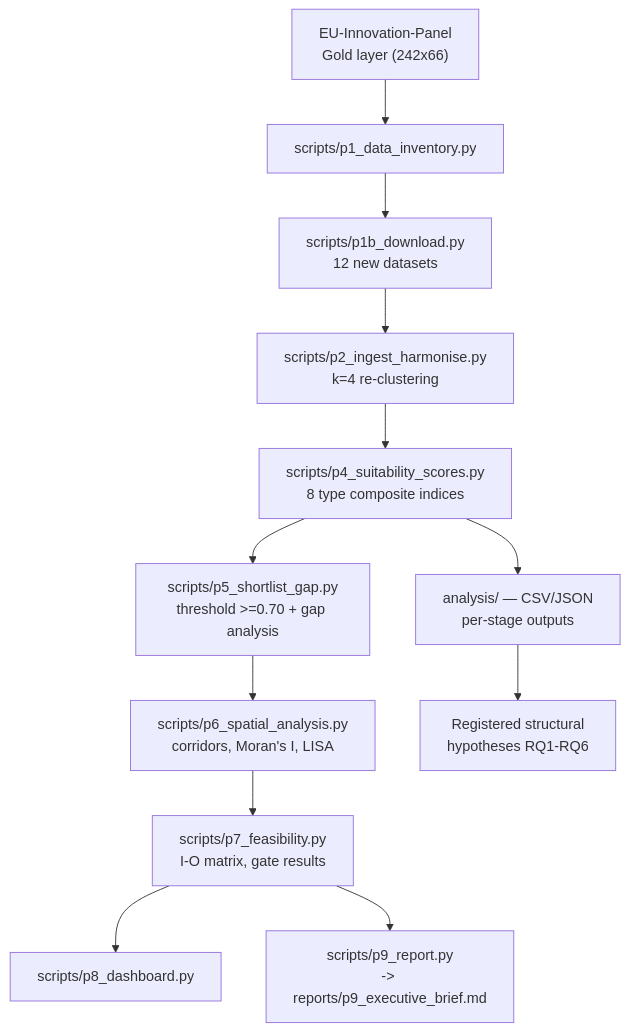
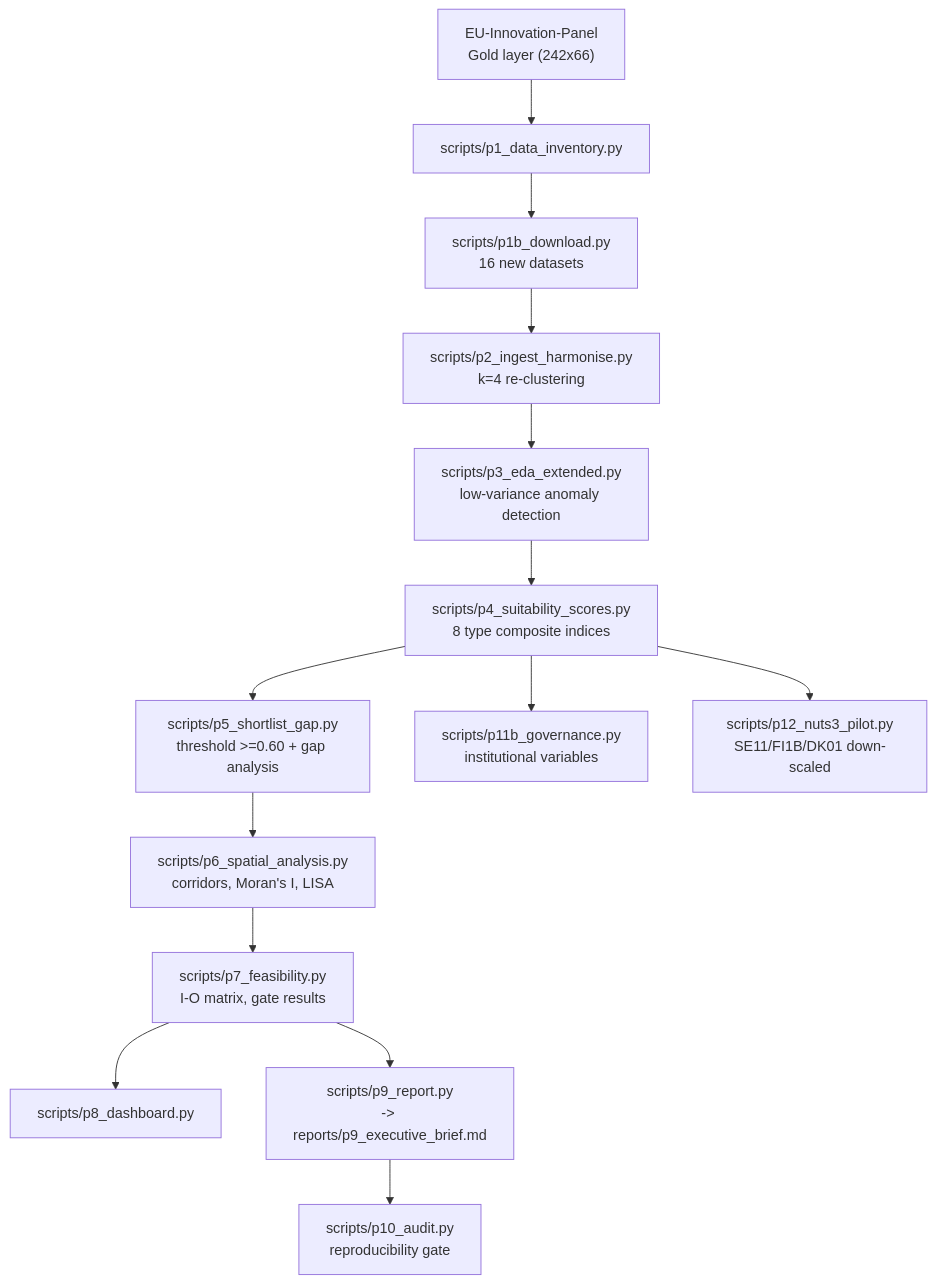
One commit to andrm101/eu-megacampus-siting changed the diagram in README.md. Above: the diagram before and after it, drawn with Mermaid. The commit also changed other lines of this file, not shown here.

````diff
--- a/README.md
+++ b/README.md
@@ -28,14 +38,16 @@
 ```mermaid
 flowchart TD
     UpstreamGold["EU-Innovation-Panel<br/>Gold layer (242x66)"] --> P1["scripts/p1_data_inventory.py"]
-    P1 --> P1b["scripts/p1b_download.py<br/>12 new datasets"]
+    P1 --> P1b["scripts/p1b_download.py<br/>16 new datasets"]
     P1b --> P2["scripts/p2_ingest_harmonise.py<br/>k=4 re-clustering"]
-    P2 --> P4["scripts/p4_suitability_scores.py<br/>8 type composite indices"]
-    P4 --> P5["scripts/p5_shortlist_gap.py<br/>threshold >=0.70 + gap analysis"]
+    P2 --> P3["scripts/p3_eda_extended.py<br/>low-variance anomaly detection"]
+    P3 --> P4["scripts/p4_suitability_scores.py<br/>8 type composite indices"]
+    P4 --> P5["scripts/p5_shortlist_gap.py<br/>threshold >=0.60 + gap analysis"]
     P5 --> P6["scripts/p6_spatial_analysis.py<br/>corridors, Moran's I, LISA"]
     P6 --> P7["scripts/p7_feasibility.py<br/>I-O matrix, gate results"]
     P7 --> P8["scripts/p8_dashboard.py"]
     P7 --> P9["scripts/p9_report.py<br/>-> reports/p9_executive_brief.md"]
-    P4 --> Analysis["analysis/ — CSV/JSON<br/>per-stage outputs"]
-    Analysis --> Hypotheses["Registered structural<br/>hypotheses RQ1-RQ6"]
+    P9 --> P10["scripts/p10_audit.py<br/>reproducibility gate"]
+    P4 --> P11b["scripts/p11b_governance.py<br/>institutional variables"]
+    P4 --> P12["scripts/p12_nuts3_pilot.py<br/>SE11/FI1B/DK01 down-scaled"]
 ```
````
